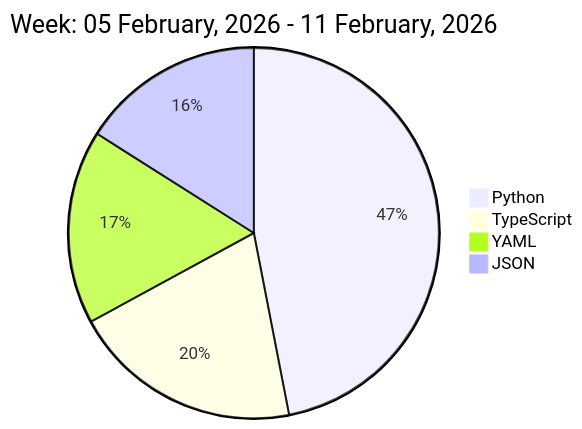
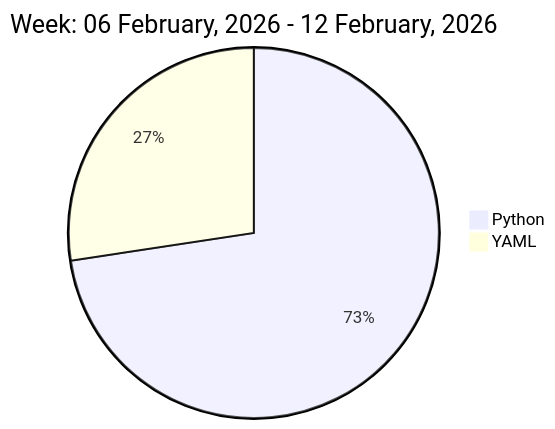
Before and after one commit to liubin95/liubin95: the diagram in README.md, drawn with Mermaid.

Commit message:
Updated the Graph with new Metrics

````diff
--- a/README.md
+++ b/README.md
@@ -37,8 +37,6 @@
 ```mermaid
  pie
-title Week: 05 February, 2026 - 11 February, 2026
- "Python" : 7.77
- "TypeScript" : 3.33
- "YAML" : 2.8
- "JSON" : 2.65
+title Week: 06 February, 2026 - 12 February, 2026
+ "Python" : 6.68
+ "YAML" : 2.52
 ```
````
